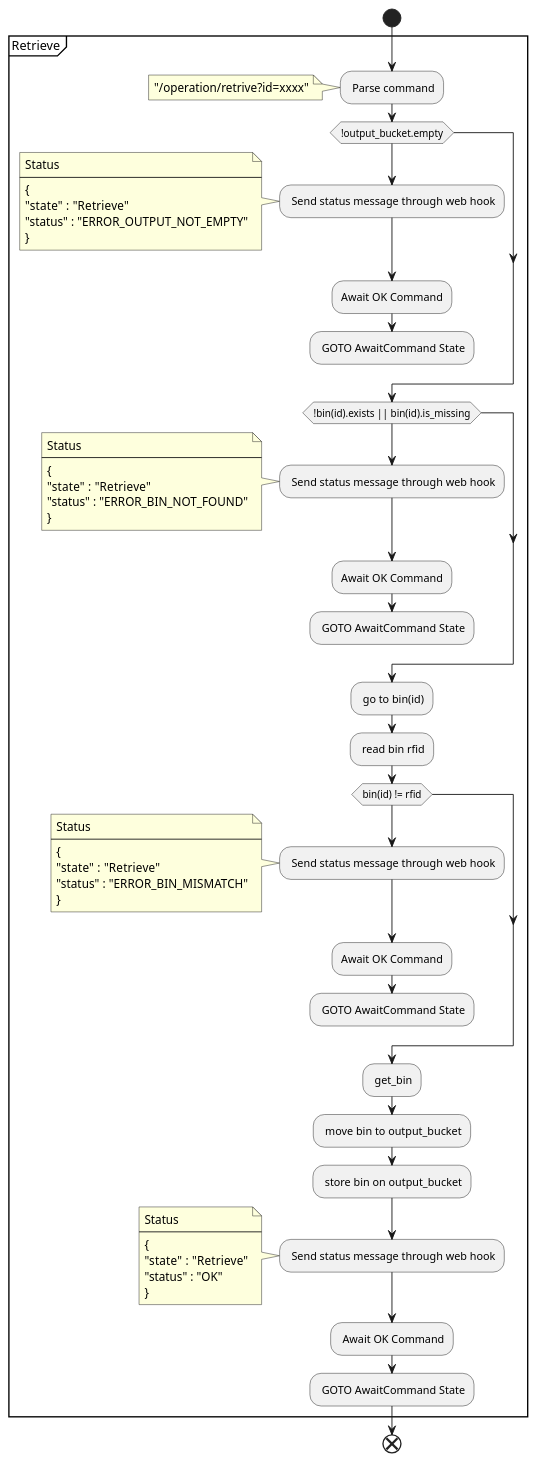
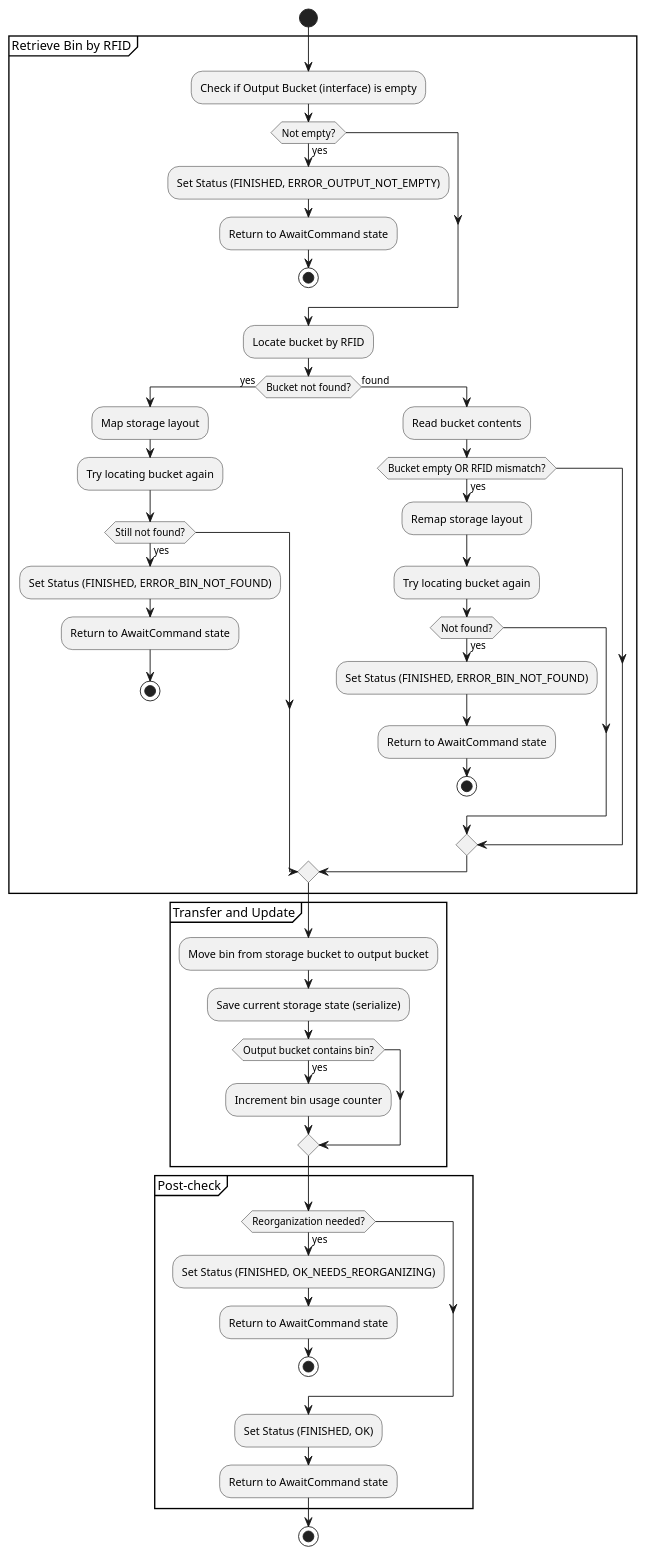
Before and after one commit to walger-lucas/SPARtS: the diagram in docs/Design/EmbeddedSoftware/Retrieve.plantuml, drawn with PlantUML. The commit also changed 46 other files, not shown here.

```diff
--- a/docs/Design/EmbeddedSoftware/Retrieve.plantuml
+++ b/docs/Design/EmbeddedSoftware/Retrieve.plantuml
@@ -1,71 +1,52 @@
 @startuml Retrieve
 start
-group Retrieve {
- : Parse command;
- note 
-"/operation/retrive?id=xxxx"
-end note
- if(!output_bucket.empty) then 
-    : Send status message through web hook;
-    note
-    Status
-    ----
-    {
-    "state"  : "Retrieve"
-    "status" : "ERROR_OUTPUT_NOT_EMPTY"
-    }
-    end note
-    :Await OK Command;
-    : GOTO AwaitCommand State;
-    kill
- endif
+group Retrieve Bin by RFID
+    :Check if Output Bucket (interface) is empty;
+    if (Not empty?) then (yes)
+        :Set Status (FINISHED, ERROR_OUTPUT_NOT_EMPTY);
+        :Return to AwaitCommand state;
+        stop
+    endif
 
- if (!bin(id).exists || bin(id).is_missing) then
+    :Locate bucket by RFID;
+    if (Bucket not found?) then (yes)
+        :Map storage layout;
+        :Try locating bucket again;
+        if (Still not found?) then (yes)
+            :Set Status (FINISHED, ERROR_BIN_NOT_FOUND);
+            :Return to AwaitCommand state;
+            stop
+        endif
+    else (found)
+        :Read bucket contents;
+        if (Bucket empty OR RFID mismatch?) then (yes)
+            :Remap storage layout;
+            :Try locating bucket again;
+            if (Not found?) then (yes)
+                :Set Status (FINISHED, ERROR_BIN_NOT_FOUND);
+                :Return to AwaitCommand state;
+                stop
+            endif
+        endif
+    endif
+end group
 
-    : Send status message through web hook;
-    note
-    Status
-    ----
-    {
-    "state"  : "Retrieve"
-    "status" : "ERROR_BIN_NOT_FOUND"
-    }
-    end note 
-    :Await OK Command;
-    : GOTO AwaitCommand State;
-    kill
-endif
+group Transfer and Update
+    :Move bin from storage bucket to output bucket;
+    :Save current storage state (serialize);
+    if (Output bucket contains bin?) then (yes)
+        :Increment bin usage counter;
+    endif
+end group
 
-: go to bin(id);
-: read bin rfid;
-if (bin(id) != rfid) then
-    : Send status message through web hook;
-    note
-    Status
-    ----
-    {
-    "state"  : "Retrieve"
-    "status" : "ERROR_BIN_MISMATCH"
-    }
-    end note 
-    :Await OK Command;
-    : GOTO AwaitCommand State;
-    kill
-endif
-: get_bin;
-: move bin to output_bucket;
-: store bin on output_bucket;
-: Send status message through web hook;
-note
-    Status
-    ----
-    {
-    "state"  : "Retrieve"
-    "status" : "OK"
-    }
-    end note
-    : Await OK Command;
-    : GOTO AwaitCommand State;
-}
-end
+group Post-check
+    if (Reorganization needed?) then (yes)
+        :Set Status (FINISHED, OK_NEEDS_REORGANIZING);
+        :Return to AwaitCommand state;
+        stop
+    endif
+    :Set Status (FINISHED, OK);
+    :Return to AwaitCommand state;
+end group
+stop
 @enduml
```
